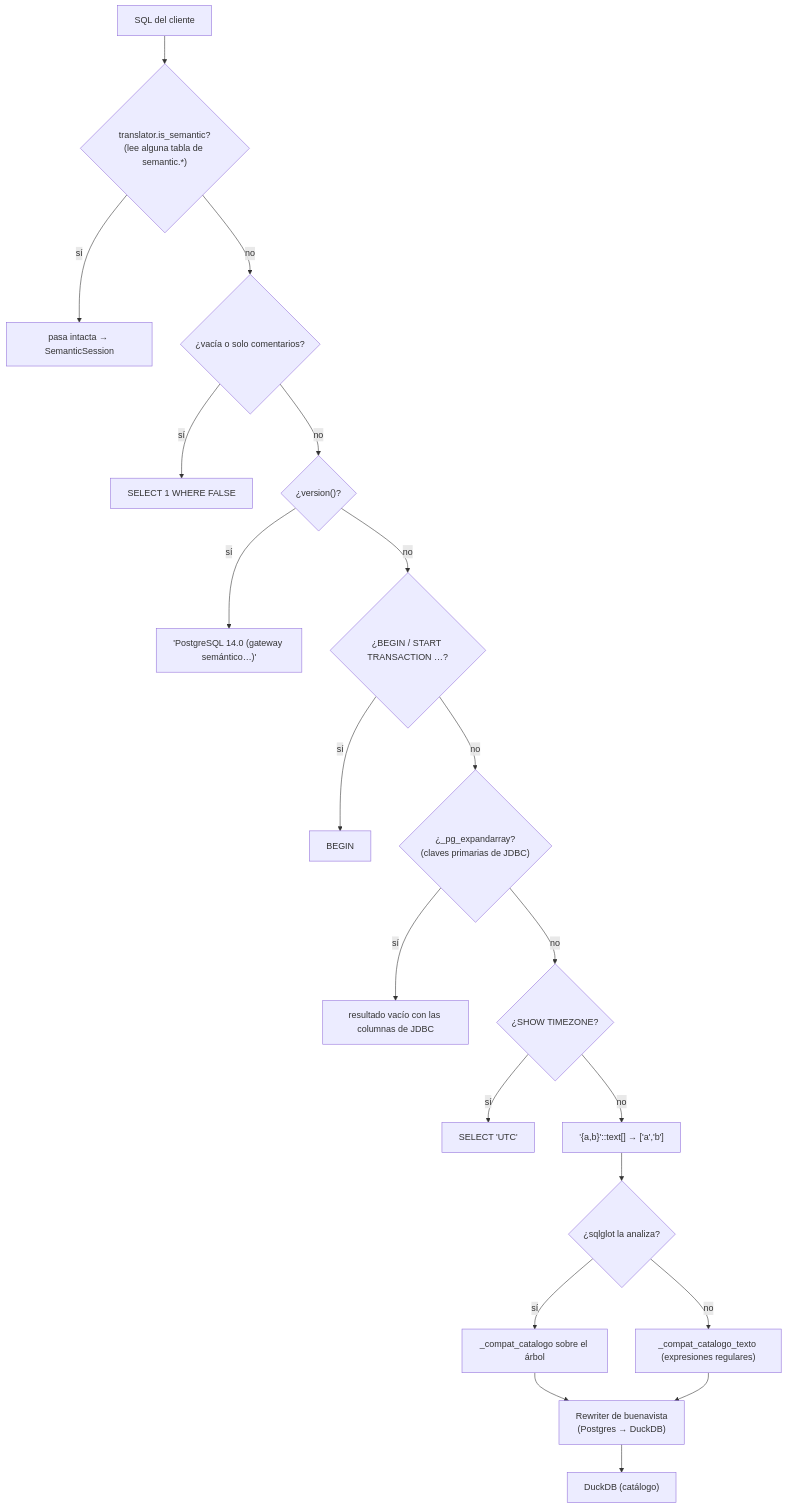
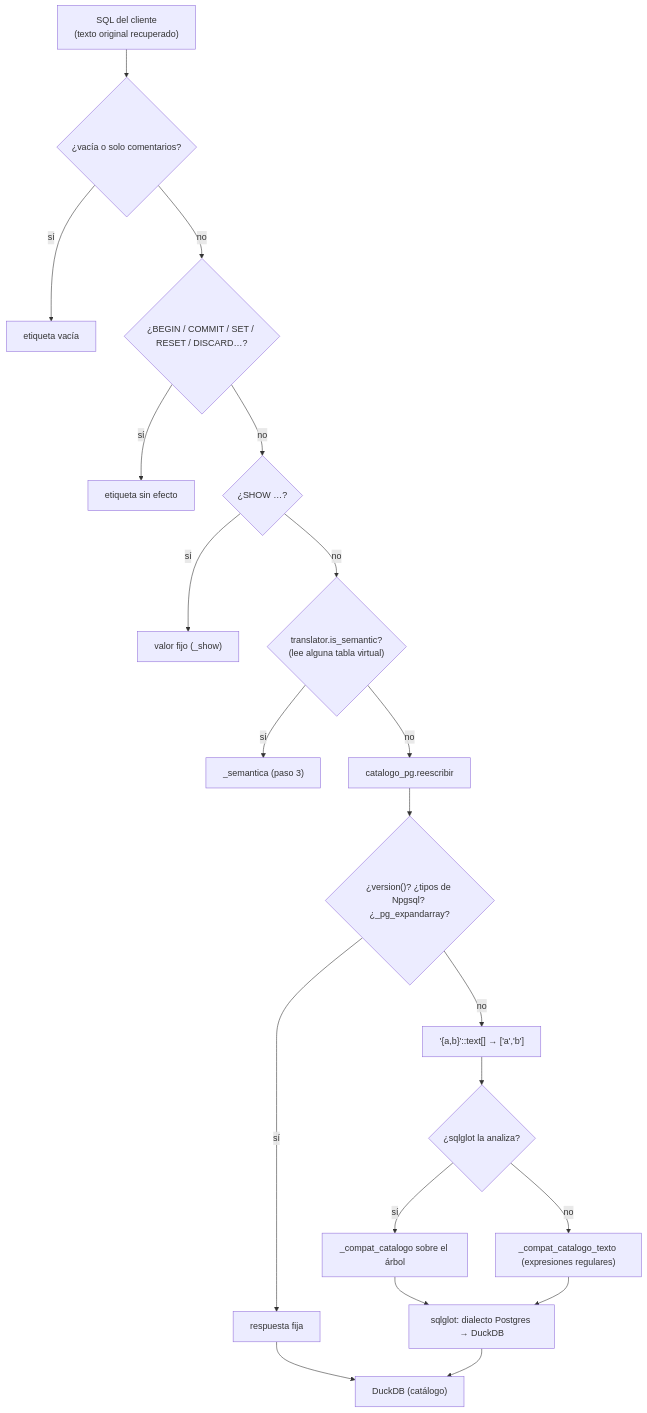
The fifth of 8 diagrams in docs/arquitectura_gateway.md (Rodarami/dbt-semantic-layer), drawn with Mermaid before and after one commit. The commit also changed other lines of this file and 24 other files, not shown here.

````diff
--- a/docs/arquitectura_gateway.md
+++ b/docs/arquitectura_gateway.md
@@ -283,22 +293,22 @@
 ```mermaid
 flowchart TB
-    Q["SQL del cliente"] --> S{"translator.is_semantic?<br/>(lee alguna tabla de semantic.*)"}
-    S -- sí --> P["pasa intacta → SemanticSession"]
-    S -- no --> V{"¿vacía o solo comentarios?"}
-    V -- sí --> V1["SELECT 1 WHERE FALSE"]
-    V -- no --> VER{"¿version()?"}
-    VER -- sí --> VER1["'PostgreSQL 14.0 (gateway semántico…)'"]
-    VER -- no --> BEG{"¿BEGIN / START TRANSACTION …?"}
-    BEG -- sí --> BEG1["BEGIN"]
-    BEG -- no --> PK{"¿_pg_expandarray?<br/>(claves primarias de JDBC)"}
-    PK -- sí --> PK1["resultado vacío con las columnas de JDBC"]
-    PK -- no --> TZ{"¿SHOW TIMEZONE?"}
-    TZ -- sí --> TZ1["SELECT 'UTC'"]
-    TZ -- no --> AR["'{a,b}'::text[] → ['a','b']"]
+    Q["SQL del cliente<br/>(texto original recuperado)"] --> V{"¿vacía o solo comentarios?"}
+    V -- sí --> V1["etiqueta vacía"]
+    V -- no --> CTL{"¿BEGIN / COMMIT / SET / RESET / DISCARD…?"}
+    CTL -- sí --> CTL1["etiqueta sin efecto"]
+    CTL -- no --> SH{"¿SHOW …?"}
+    SH -- sí --> SH1["valor fijo (_show)"]
+    SH -- no --> S{"translator.is_semantic?<br/>(lee alguna tabla virtual)"}
+    S -- sí --> P["_semantica (paso 3)"]
+    S -- no --> RW["catalogo_pg.reescribir"]
+    RW --> VER{"¿version()? ¿tipos de Npgsql? ¿_pg_expandarray?"}
+    VER -- sí --> FIJO["respuesta fija"]
+    VER -- no --> AR["'{a,b}'::text[] → ['a','b']"]
     AR --> AST{"¿sqlglot la analiza?"}
     AST -- sí --> AST1["_compat_catalogo sobre el árbol"]
     AST -- no --> RX["_compat_catalogo_texto (expresiones regulares)"]
-    AST1 --> BV["Rewriter de buenavista<br/>(Postgres → DuckDB)"]
-    RX --> BV
-    BV --> DK["DuckDB (catálogo)"]
+    AST1 --> TR["sqlglot: dialecto Postgres → DuckDB"]
+    RX --> TR
+    FIJO --> DK
+    TR --> DK["DuckDB (catálogo)"]
 ```
````
